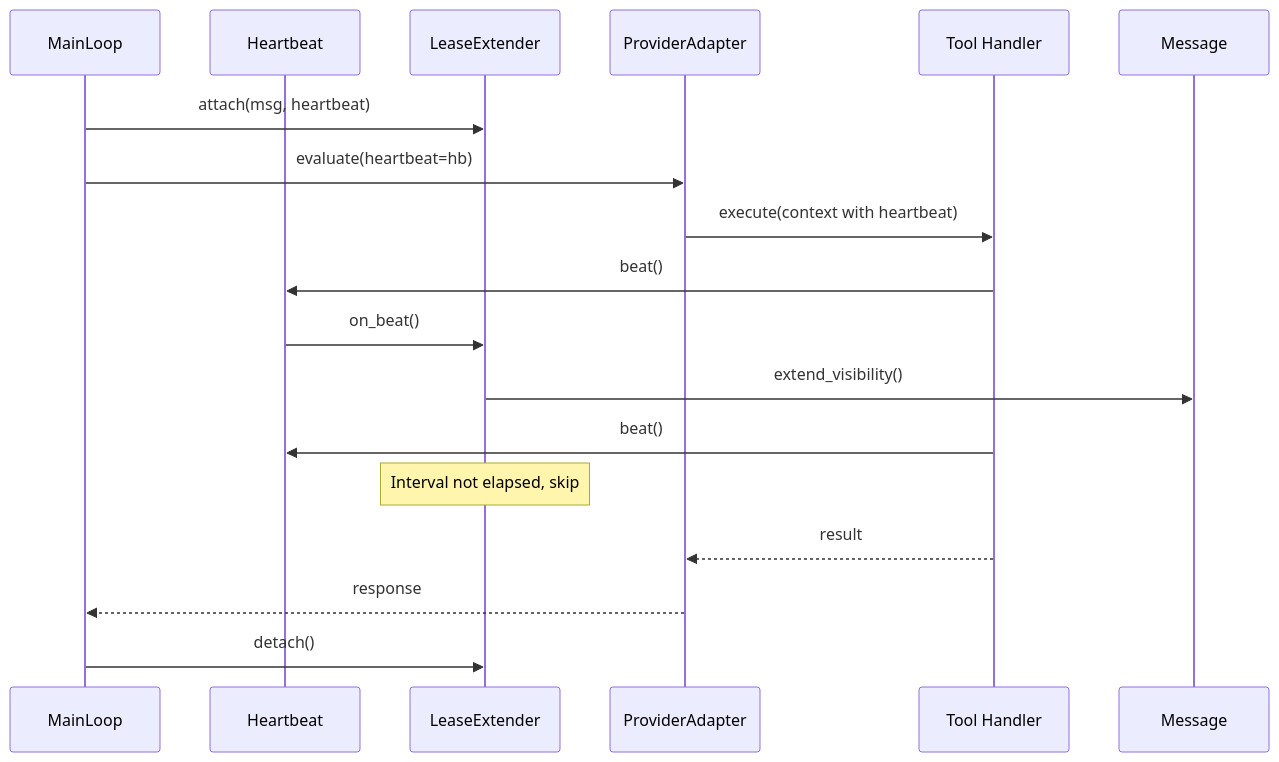
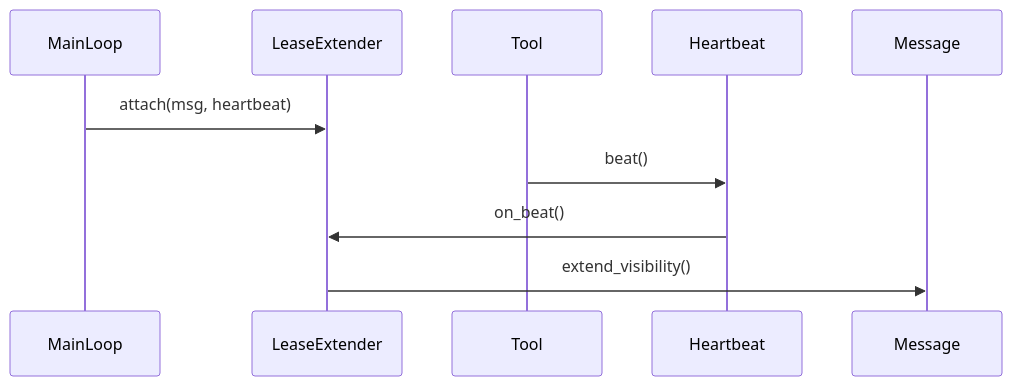
One commit to weakincentives/weakincentives changed the diagram in specs/LEASE_EXTENDER.md. Above: the diagram before and after it, drawn with Mermaid. The commit also changed other lines of this file and 34 other files, not shown here.

````diff
--- a/specs/LEASE_EXTENDER.md
+++ b/specs/LEASE_EXTENDER.md
@@ -32,21 +15,7 @@
 ```mermaid
 sequenceDiagram
-    participant ML as MainLoop
-    participant HB as Heartbeat
-    participant LE as LeaseExtender
-    participant Adapter as ProviderAdapter
-    participant Tool as Tool Handler
-    participant Msg as Message
-
-    ML->>LE: attach(msg, heartbeat)
-    ML->>Adapter: evaluate(heartbeat=hb)
-    Adapter->>Tool: execute(context with heartbeat)
-    Tool->>HB: beat()
-    HB->>LE: on_beat()
-    LE->>Msg: extend_visibility()
-    Tool->>HB: beat()
-    Note over LE: Interval not elapsed, skip
-    Tool-->>Adapter: result
-    Adapter-->>ML: response
-    ML->>LE: detach()
+    MainLoop->>LeaseExtender: attach(msg, heartbeat)
+    Tool->>Heartbeat: beat()
+    Heartbeat->>LeaseExtender: on_beat()
+    LeaseExtender->>Message: extend_visibility()
 ```
````
